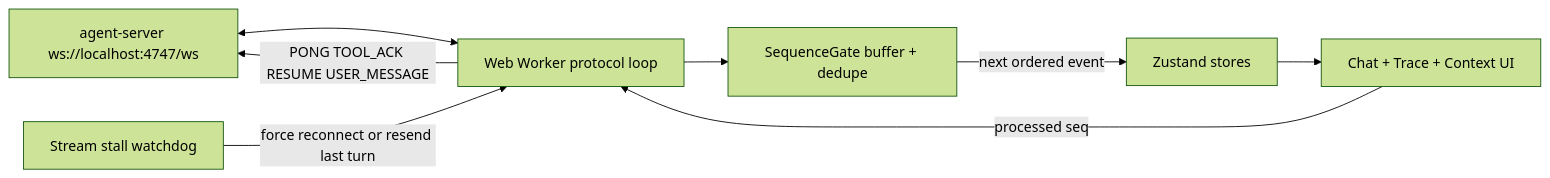
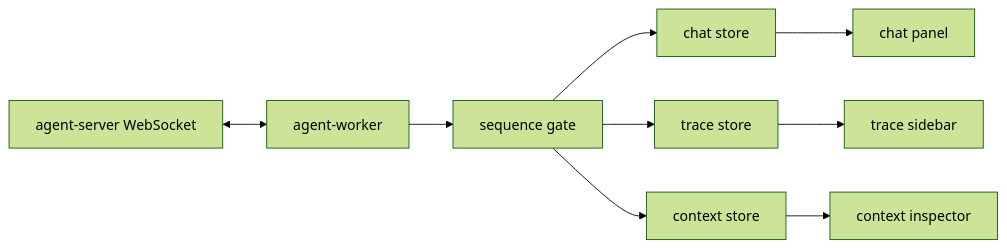
One commit to RutamBhagat/agent-console-alchemyst changed the first of 2 diagrams in README.md. Above: the diagram before and after it, drawn with Mermaid (forest theme). The commit also changed other lines of this file and 3 other files, not shown here.

````diff
--- a/README.md
+++ b/README.md
@@ -11,16 +22,11 @@
 ```mermaid
 flowchart LR
-  Server[agent-server ws://localhost:4747/ws]
-  Worker[Web Worker protocol loop]
-  Gate[SequenceGate buffer + dedupe]
-  Watchdog[Stream stall watchdog]
-  Stores[Zustand stores]
-  UI[Chat + Trace + Context UI]
-  Server <--> Worker
-  Worker --> Gate
-  Gate -->|next ordered event| Stores
-  Stores --> UI
-  UI -->|processed seq| Worker
-  Worker -->|PONG TOOL_ACK RESUME USER_MESSAGE| Server
-  Watchdog -->|force reconnect or resend last turn| Worker
+  Server[agent-server WebSocket] <--> Worker[agent-worker]
+  Worker --> Gate[sequence gate]
+  Gate --> Chat[chat store]
+  Gate --> Trace[trace store]
+  Gate --> Context[context store]
+  Chat --> UI[chat panel]
+  Trace --> Timeline[trace sidebar]
+  Context --> Inspector[context inspector]
 ```
````
